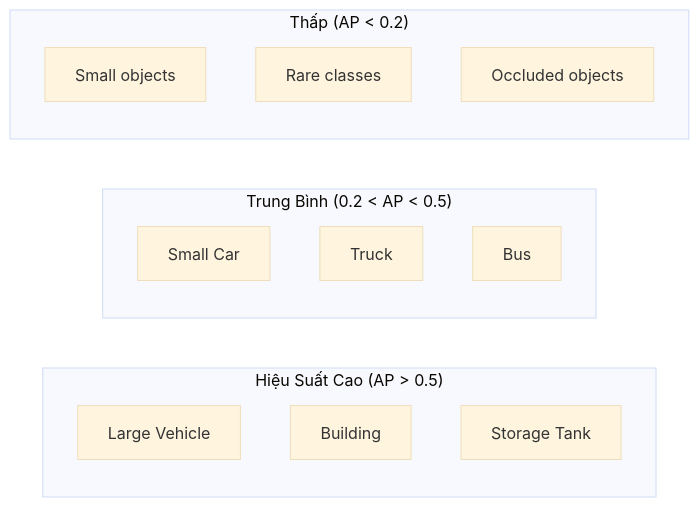
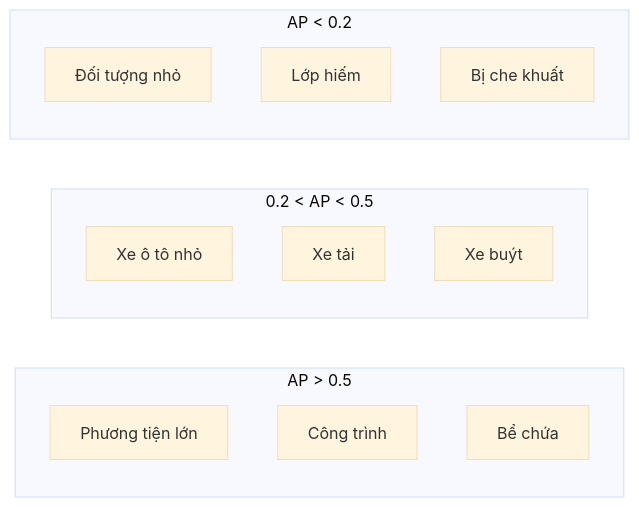
Before and after one commit to rerangst/geobayai_lab: the fifth of 5 diagrams in research/chuong-06-xview-challenges/muc-01-xview1-object-detection/03-giai-nhi.md, drawn with Mermaid (base theme). The commit also changed other lines of this file and 18 other files, not shown here.

````diff
--- a/research/chuong-06-xview-challenges/muc-01-xview1-object-detection/03-giai-nhi.md
+++ b/research/chuong-06-xview-challenges/muc-01-xview1-object-detection/03-giai-nhi.md
@@ -727,20 +184,20 @@
 ```mermaid
-graph LR
-    subgraph High["Hiệu Suất Cao (AP > 0.5)"]
-        H1[Large Vehicle]
-        H2[Building]
-        H3[Storage Tank]
+flowchart LR
+    subgraph HIGH["AP > 0.5"]
+        H1["Phương tiện lớn"]
+        H2["Công trình"]
+        H3["Bể chứa"]
     end
 
-    subgraph Medium["Trung Bình (0.2 < AP < 0.5)"]
-        M1[Small Car]
-        M2[Truck]
-        M3[Bus]
+    subgraph MEDIUM["0.2 < AP < 0.5"]
+        M1["Xe ô tô nhỏ"]
+        M2["Xe tải"]
+        M3["Xe buýt"]
     end
 
-    subgraph Low["Thấp (AP < 0.2)"]
-        L1[Small objects]
-        L2[Rare classes]
-        L3[Occluded objects]
+    subgraph LOW["AP < 0.2"]
+        L1["Đối tượng nhỏ"]
+        L2["Lớp hiếm"]
+        L3["Bị che khuất"]
     end
 ```
````
